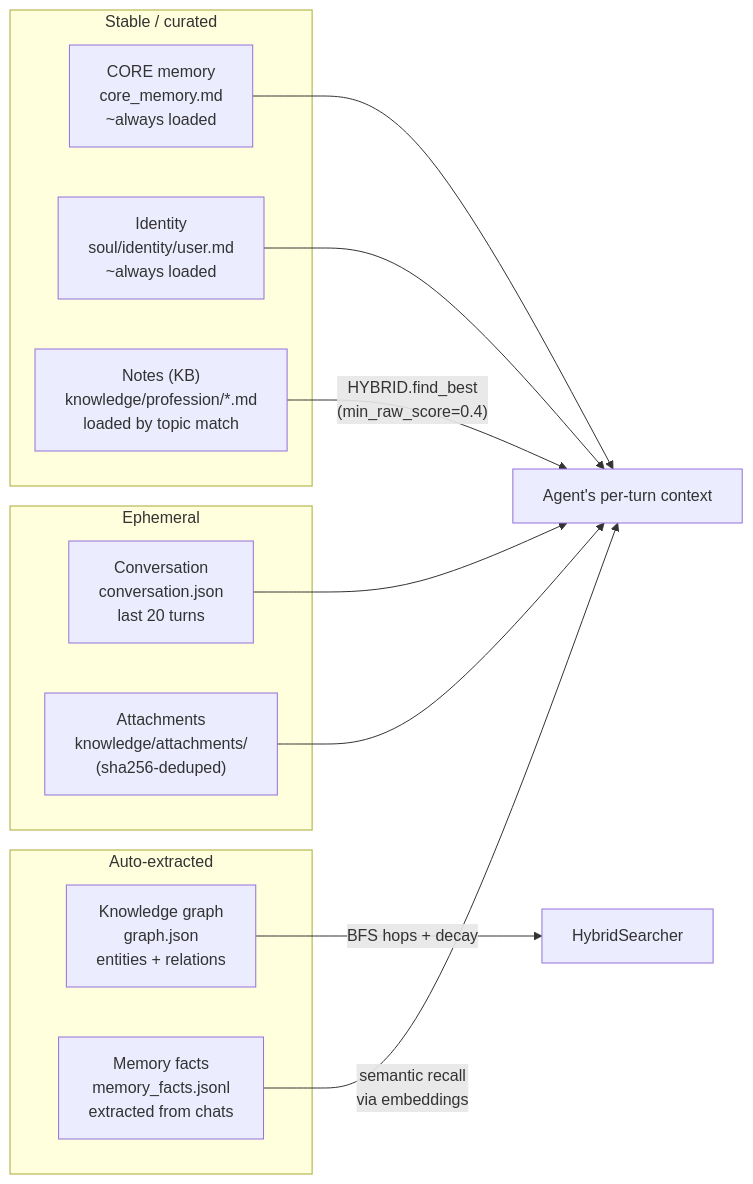
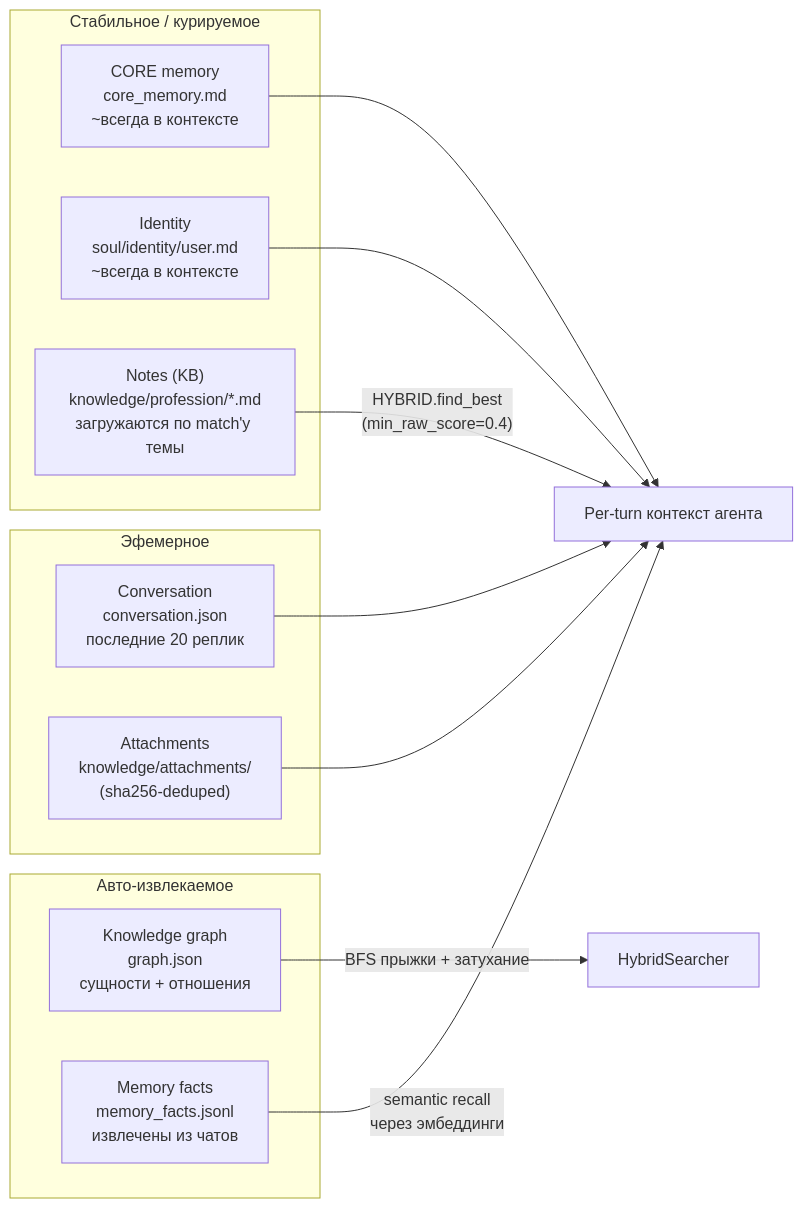
Before and after one commit to gjaloyan/hrant: the fourth of 12 diagrams in docs/architecture.md, drawn with Mermaid. The commit also changed other lines of this file, not shown here.

First line of the commit message:
docs(architecture): translate to Russian

````diff
--- a/docs/architecture.md
+++ b/docs/architecture.md
@@ -212,27 +213,27 @@
 ```mermaid
 flowchart LR
-    subgraph STABLE["Stable / curated"]
-        CORE["CORE memory<br/>core_memory.md<br/>~always loaded"]
-        ID["Identity<br/>soul/identity/user.md<br/>~always loaded"]
-        NOTES["Notes (KB)<br/>knowledge/profession/*.md<br/>loaded by topic match"]
+    subgraph STABLE["Стабильное / курируемое"]
+        CORE["CORE memory<br/>core_memory.md<br/>~всегда в контексте"]
+        ID["Identity<br/>soul/identity/user.md<br/>~всегда в контексте"]
+        NOTES["Notes (KB)<br/>knowledge/profession/*.md<br/>загружаются по match'у темы"]
     end
-    subgraph SEMI["Auto-extracted"]
-        KG["Knowledge graph<br/>graph.json<br/>entities + relations"]
-        FACTS["Memory facts<br/>memory_facts.jsonl<br/>extracted from chats"]
+    subgraph SEMI["Авто-извлекаемое"]
+        KG["Knowledge graph<br/>graph.json<br/>сущности + отношения"]
+        FACTS["Memory facts<br/>memory_facts.jsonl<br/>извлечены из чатов"]
     end
-    subgraph EPH["Ephemeral"]
-        CONV["Conversation<br/>conversation.json<br/>last 20 turns"]
+    subgraph EPH["Эфемерное"]
+        CONV["Conversation<br/>conversation.json<br/>последние 20 реплик"]
         ATT["Attachments<br/>knowledge/attachments/<br/>(sha256-deduped)"]
     end
 
     CORE --> AGENT
     ID --> AGENT
     NOTES -->|"HYBRID.find_best<br/>(min_raw_score=0.4)"| AGENT
-    KG -->|"BFS hops + decay"| HYBRID
-    FACTS -->|"semantic recall<br/>via embeddings"| AGENT
+    KG -->|"BFS прыжки + затухание"| HYBRID
+    FACTS -->|"semantic recall<br/>через эмбеддинги"| AGENT
     CONV --> AGENT
     ATT --> AGENT
 
-    AGENT["Agent's per-turn context"]
+    AGENT["Per-turn контекст агента"]
     HYBRID["HybridSearcher"]
 ```
````
